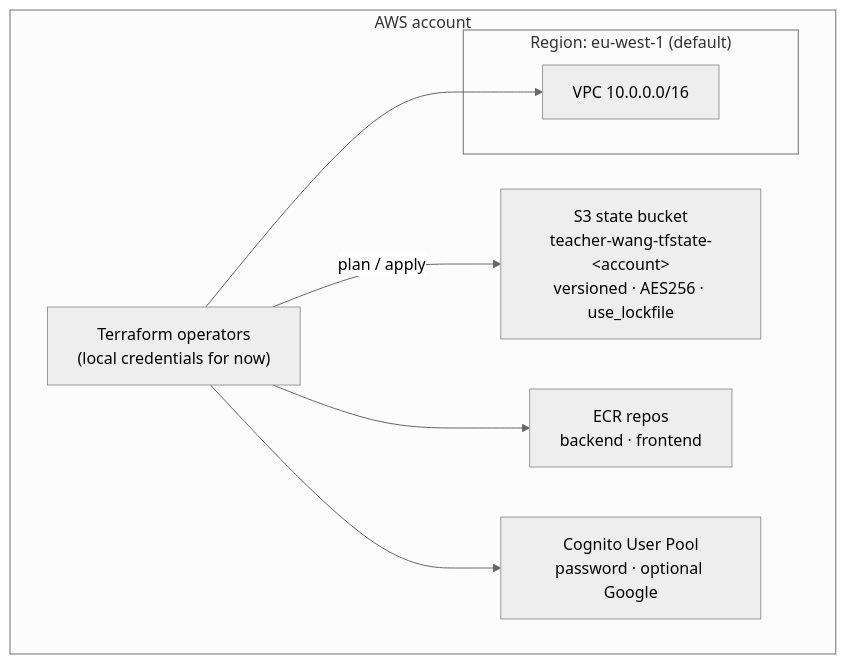
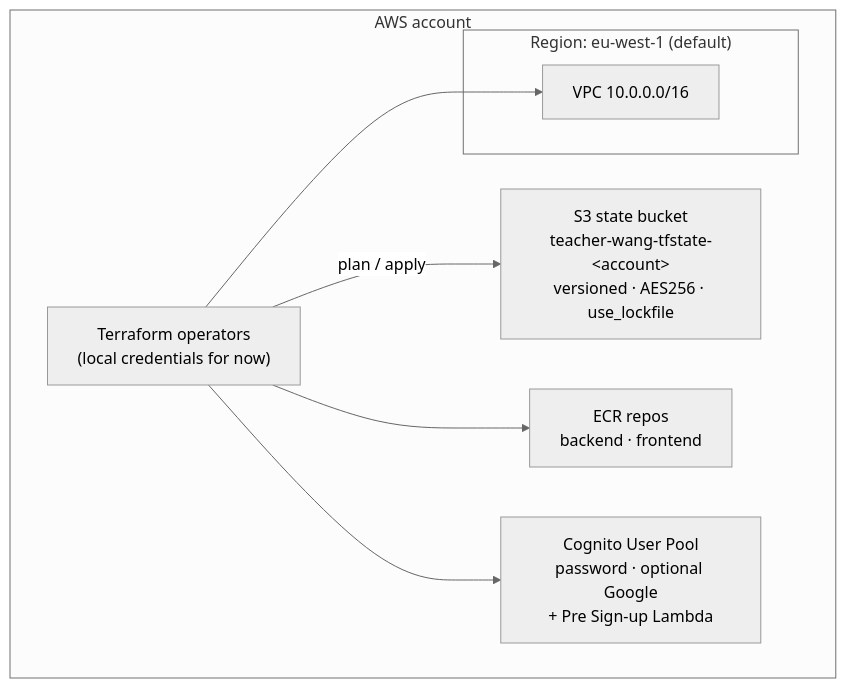
One commit to mazarsju/teacher-wang-infra changed the first of 9 diagrams in docs/architecture.md. Above: the diagram before and after it, drawn with Mermaid (neutral theme). The commit also changed other lines of this file and 11 other files, not shown here.

Commit message:
add Lambda function to manage the pre-signup on cognito

````diff
--- a/docs/architecture.md
+++ b/docs/architecture.md
@@ -17,18 +17,18 @@
 ```mermaid
 flowchart TB
   subgraph Account["AWS account"]
     TF["Terraform operators<br/>(local credentials for now)"]
     S3State["S3 state bucket<br/>teacher-wang-tfstate-&lt;account&gt;<br/>versioned · AES256 · use_lockfile"]
     ECR["ECR repos<br/>backend · frontend"]
-    Cognito["Cognito User Pool<br/>password · optional Google"]
+    Cognito["Cognito User Pool<br/>password · optional Google<br/>+ Pre Sign-up Lambda"]
 
     subgraph Region["Region: eu-west-1 (default)"]
       VPC["VPC 10.0.0.0/16"]
     end
   end
 
   TF -->|plan / apply| S3State
   TF --> VPC
   TF --> ECR
   TF --> Cognito
 ```
````
